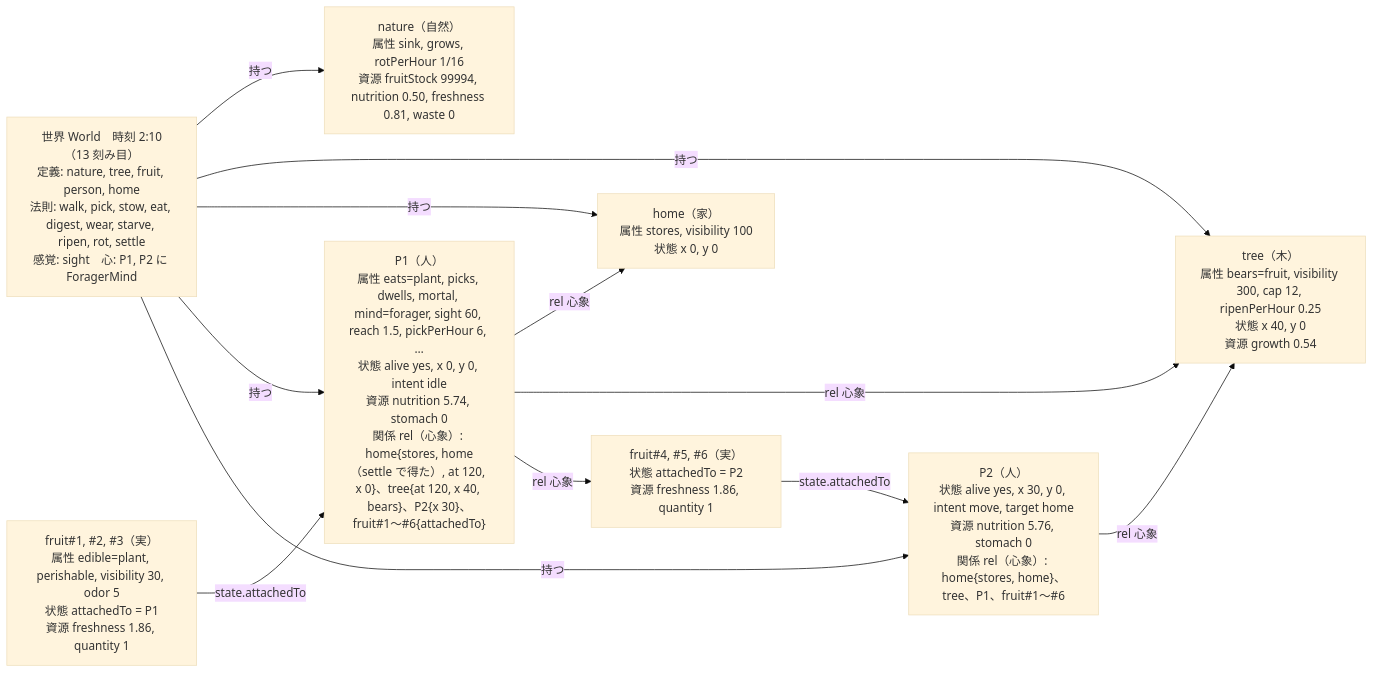
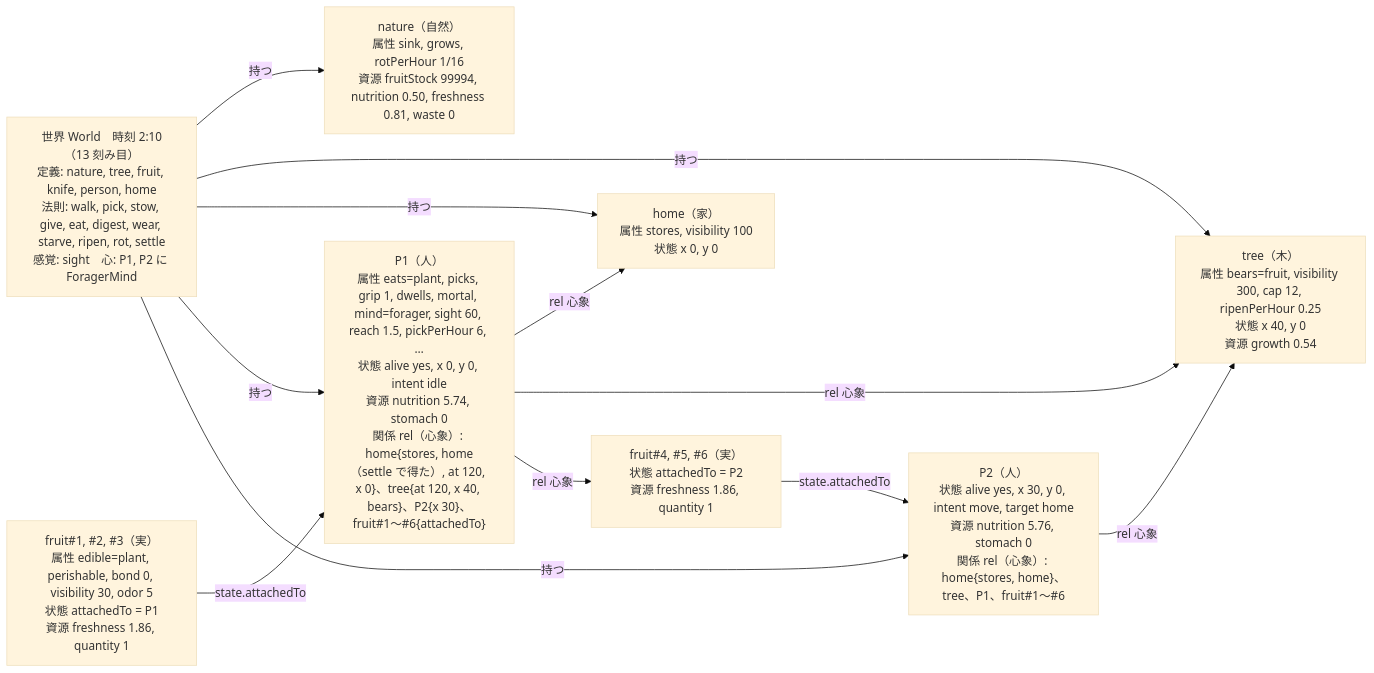
One commit to demerzel09/Medieval-Simulator changed the diagram in docs/figures/src/design-fig6-object.mmd. Above: the diagram before and after it, drawn with Mermaid (base theme). The commit also changed 16 other files, not shown here.

```diff
--- a/docs/figures/src/design-fig6-object.mmd
+++ b/docs/figures/src/design-fig6-object.mmd
@@ -1,20 +1,20 @@
 flowchart LR
-  W["世界 World　時刻 2:10（13 刻み目）<br/>定義: nature, tree, fruit, person, home<br/>法則: walk, pick, stow, eat, digest, wear, starve, ripen, rot, settle<br/>感覚: sight　心: P1, P2 に ForagerMind"]
+  W["世界 World　時刻 2:10（13 刻み目）<br/>定義: nature, tree, fruit, knife, person, home<br/>法則: walk, pick, stow, give, eat, digest, wear, starve, ripen, rot, settle<br/>感覚: sight　心: P1, P2 に ForagerMind"]
   N["nature（自然）<br/>属性 sink, grows, rotPerHour 1/16<br/>資源 fruitStock 99994, nutrition 0.50, freshness 0.81, waste 0"]
   T["tree（木）<br/>属性 bears=fruit, visibility 300, cap 12, ripenPerHour 0.25<br/>状態 x 40, y 0<br/>資源 growth 0.54"]
   H["home（家）<br/>属性 stores, visibility 100<br/>状態 x 0, y 0"]
-  F1["fruit#1, #2, #3（実）<br/>属性 edible=plant, perishable, visibility 30, odor 5<br/>状態 attachedTo = P1<br/>資源 freshness 1.86, quantity 1"]
+  F1["fruit#1, #2, #3（実）<br/>属性 edible=plant, perishable, bond 0, visibility 30, odor 5<br/>状態 attachedTo = P1<br/>資源 freshness 1.86, quantity 1"]
   F4["fruit#4, #5, #6（実）<br/>状態 attachedTo = P2<br/>資源 freshness 1.86, quantity 1"]
-  P1["P1（人）<br/>属性 eats=plant, picks, dwells, mortal, mind=forager, sight 60, reach 1.5, pickPerHour 6, …<br/>状態 alive yes, x 0, y 0, intent idle<br/>資源 nutrition 5.74, stomach 0<br/>関係 rel（心象）: home{stores, home（settle で得た）, at 120, x 0}、tree{at 120, x 40, bears}、P2{x 30}、fruit#1〜#6{attachedTo}"]
+  P1["P1（人）<br/>属性 eats=plant, picks, grip 1, dwells, mortal, mind=forager, sight 60, reach 1.5, pickPerHour 6, …<br/>状態 alive yes, x 0, y 0, intent idle<br/>資源 nutrition 5.74, stomach 0<br/>関係 rel（心象）: home{stores, home（settle で得た）, at 120, x 0}、tree{at 120, x 40, bears}、P2{x 30}、fruit#1〜#6{attachedTo}"]
   P2["P2（人）<br/>状態 alive yes, x 30, y 0, intent move, target home<br/>資源 nutrition 5.76, stomach 0<br/>関係 rel（心象）: home{stores, home}、tree、P1、fruit#1〜#6"]
   W -->|"持つ"| N
   W -->|"持つ"| T
   W -->|"持つ"| H
   W -->|"持つ"| P1
   W -->|"持つ"| P2
   F1 -->|"state.attachedTo"| P1
   F4 -->|"state.attachedTo"| P2
   P1 -->|"rel 心象"| H
   P1 -->|"rel 心象"| T
   P1 -->|"rel 心象"| F4
   P2 -->|"rel 心象"| T
```
